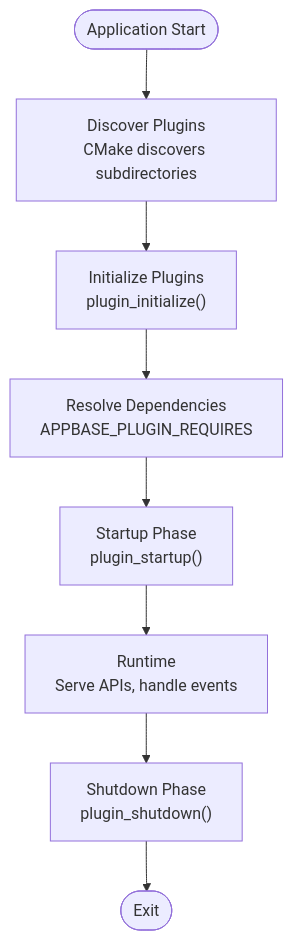
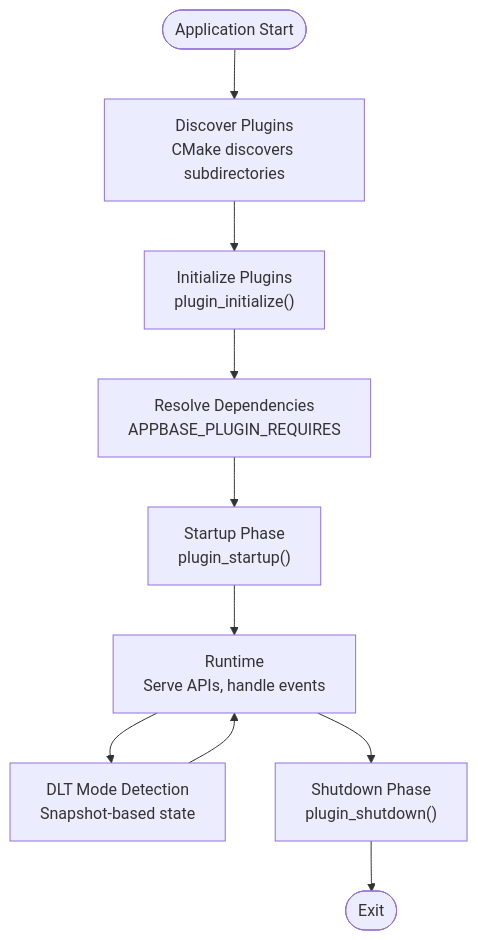
Before and after one commit to VIZ-Blockchain/viz-cpp-node: diagram 11 of 17 in .qoder/repowiki/en/content/Plugin System/Plugin System.md, drawn with Mermaid. The commit also changed other lines of this file and 4 other files, not shown here.

First line of the commit message:
docs(database): enhance database management with DLT mode and error handling

````diff
--- a/.qoder/repowiki/en/content/Plugin System/Plugin System.md
+++ b/.qoder/repowiki/en/content/Plugin System/Plugin System.md
@@ -288,10 +341,12 @@
 ```mermaid
 flowchart TD
 Start(["Application Start"]) --> Discover["Discover Plugins<br/>CMake discovers subdirectories"]
 Discover --> Init["Initialize Plugins<br/>plugin_initialize()"]
 Init --> Deps["Resolve Dependencies<br/>APPBASE_PLUGIN_REQUIRES"]
 Deps --> Startup["Startup Phase<br/>plugin_startup()"]
 Startup --> Run["Runtime<br/>Serve APIs, handle events"]
+Run --> DLTMode["DLT Mode Detection<br/>Snapshot-based state"]
+DLTMode --> Run
 Run --> Shutdown["Shutdown Phase<br/>plugin_shutdown()"]
 Shutdown --> End(["Exit"])
 ```
````
